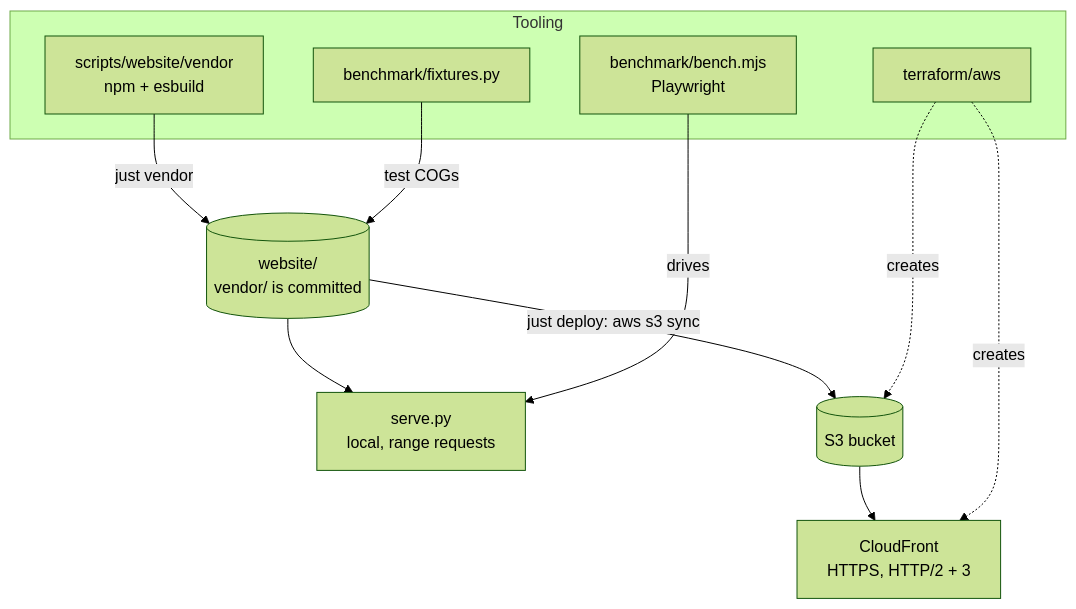
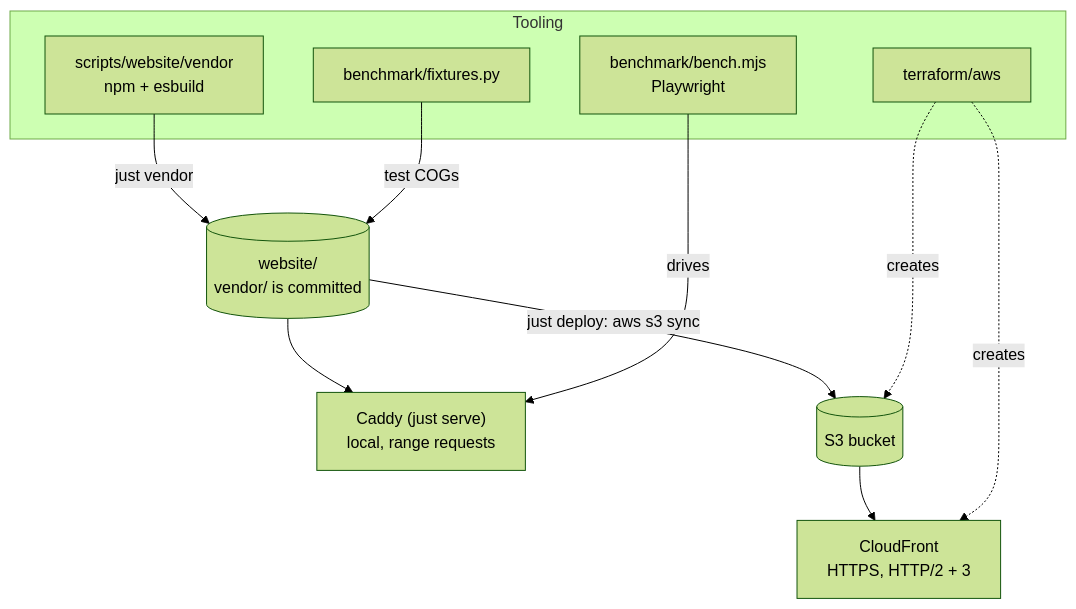
The diagram in docs/build/index.md (YCGS-lab/multi-resolution-new-haven), drawn with Mermaid (forest theme) before and after one commit. The commit also changed other lines of this file and 12 other files, not shown here.

First line of the commit message:
Serve the site locally with Caddy (website/ only, localhost) instead of serve.py

````diff
--- a/docs/build/index.md
+++ b/docs/build/index.md
@@ -6,15 +6,15 @@
 ```mermaid
 flowchart TB
   subgraph tooling["Tooling"]
     Vendor["scripts/website/vendor<br/>npm + esbuild"]
     Fixtures["benchmark/fixtures.py"]
     Bench["benchmark/bench.mjs<br/>Playwright"]
     TF["terraform/aws"]
   end
   Vendor -->|"just vendor"| Site[("website/<br/>vendor/ is committed")]
   Fixtures -->|"test COGs"| Site
-  Site --> Serve["serve.py<br/>local, range requests"]
+  Site --> Serve["Caddy (just serve)<br/>local, range requests"]
   Bench -->|"drives"| Serve
   Site -->|"just deploy: aws s3 sync"| S3[("S3 bucket")] --> CF["CloudFront<br/>HTTPS, HTTP/2 + 3"]
   TF -.->|"creates"| S3 & CF
 ```
````
